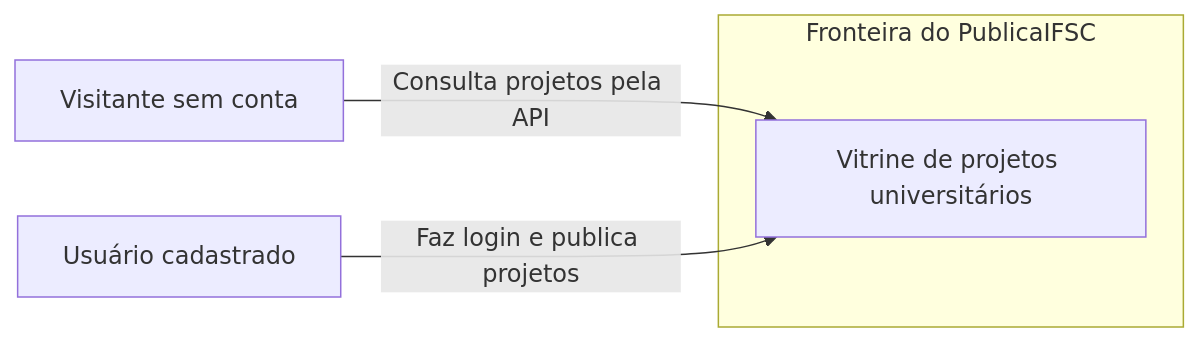
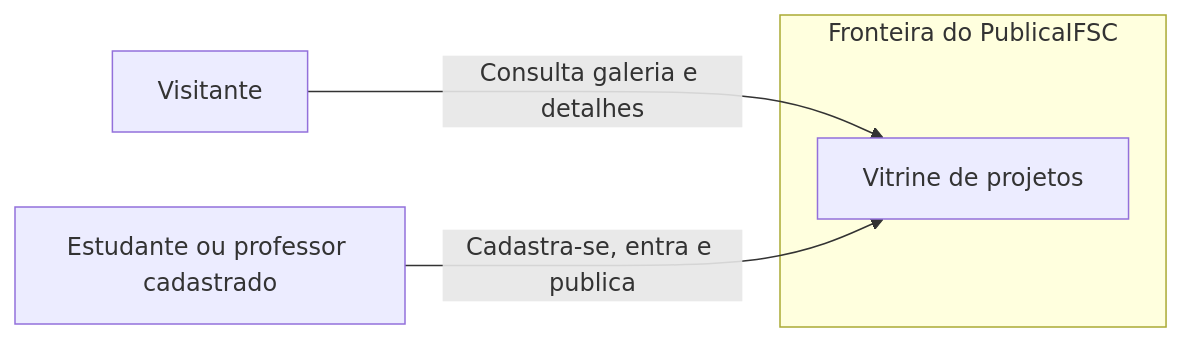
The diagram in docs/diagramas/contexto.md (IFSC-ES2/es2-2026_2-equipe-4), drawn with Mermaid before and after one commit. The commit also changed other lines of this file and 1 other file, not shown here.

Commit message:
docs: diagramas: explicação

````diff
--- a/docs/diagramas/contexto.md
+++ b/docs/diagramas/contexto.md
@@ -6,10 +6,10 @@
 ```mermaid
 flowchart LR
-    visitante["Visitante sem conta"]
-    autor["Usuário cadastrado"]
+    visitante["Visitante"]
+    usuario["Estudante ou professor cadastrado"]
     subgraph sistema["Fronteira do PublicaIFSC"]
-        vitrine["Vitrine de projetos universitários"]
+        publica["Vitrine de projetos"]
     end
-    visitante -->|"Consulta projetos pela API"| vitrine
-    autor -->|"Faz login e publica projetos"| vitrine
+    visitante -->|"Consulta galeria e detalhes"| publica
+    usuario -->|"Cadastra-se, entra e publica"| publica
 ```
````
